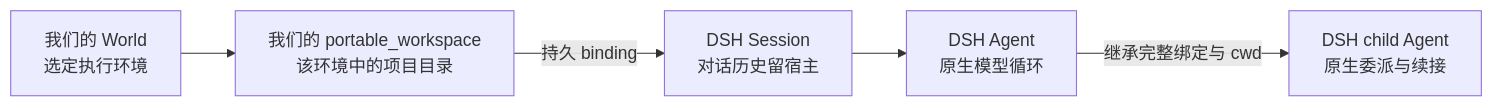
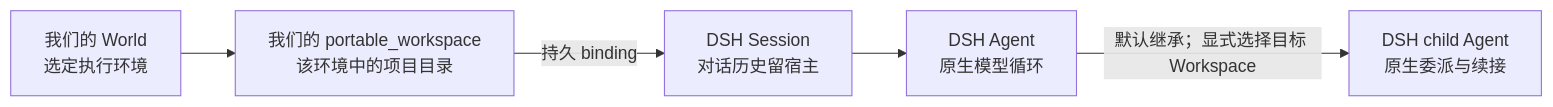
The first of 10 diagrams in docs/system-map.md (aur3l14no/dsh-remote), drawn with Mermaid before and after one commit. The commit also changed other lines of this file and 31 other files, not shown here.

````diff
--- a/docs/system-map.md
+++ b/docs/system-map.md
@@ -23,7 +23,7 @@
 ```mermaid
 flowchart LR
   W["我们的 World<br/>选定执行环境"] --> P["我们的 portable_workspace<br/>该环境中的项目目录"]
   P -->|"持久 binding"| S["DSH Session<br/>对话历史留宿主"]
   S --> A["DSH Agent<br/>原生模型循环"]
-  A -->|"继承完整绑定与 cwd"| C["DSH child Agent<br/>原生委派与续接"]
+  A -->|"默认继承；显式选择目标 Workspace"| C["DSH child Agent<br/>原生委派与续接"]
 ```
````
